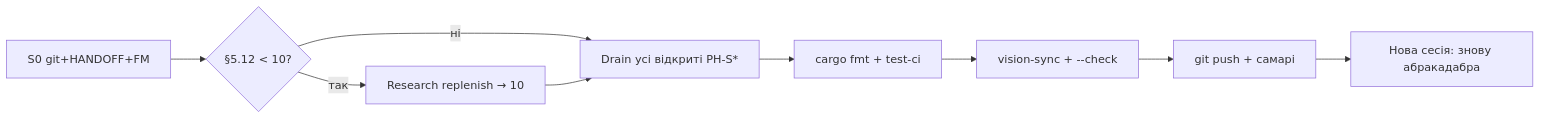
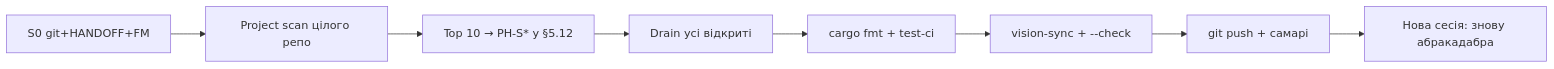
The diagram in .cursor/rules/poolai-session-iteration.mdc (platinoff/poolAI), drawn with Mermaid before and after one commit. The commit also changed other lines of this file and 5 other files, not shown here.

````diff
--- a/.cursor/rules/poolai-session-iteration.mdc
+++ b/.cursor/rules/poolai-session-iteration.mdc
@@ -85,11 +90,10 @@
 ```mermaid
 flowchart LR
-  S0[S0 git+HANDOFF+FM] --> Count{§5.12 < 10?}
-  Count -->|так| Research[Research replenish → 10]
-  Count -->|ні| Drain[Drain усі відкриті PH-S*]
-  Research --> Drain
+  S0[S0 git+HANDOFF+FM] --> Scan[Project scan цілого репо]
+  Scan --> Pick[Top 10 → PH-S* у §5.12]
+  Pick --> Drain[Drain усі відкриті]
   Drain --> Test[cargo fmt + test-ci]
   Test --> Vision[vision-sync + --check]
   Vision --> Push[git push + самарі]
   Push --> Next[Нова сесія: знову абракадабра]
 ```
````
